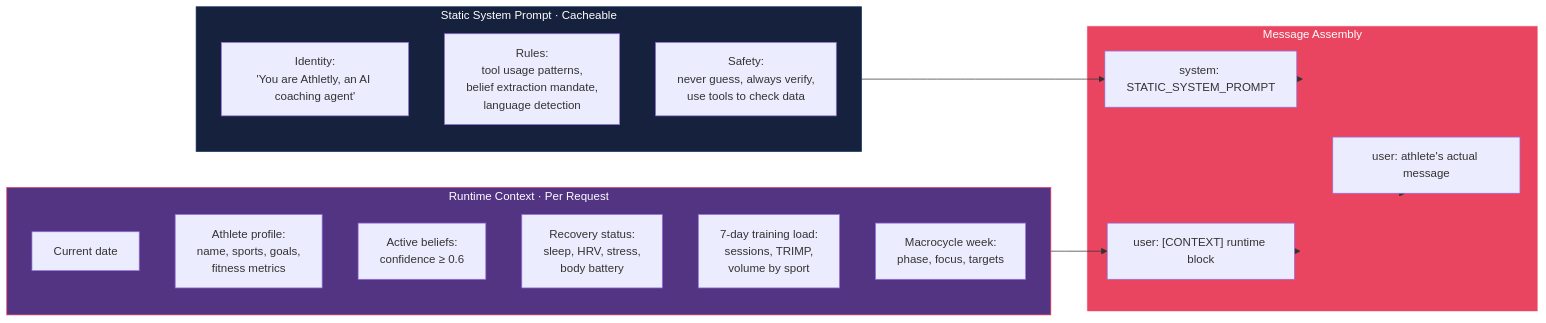
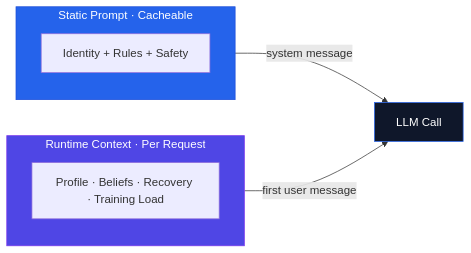
One commit to RnltLabs/athletly-backend changed the seventh of 9 diagrams in README.md. Above: the diagram before and after it, drawn with Mermaid. The commit also changed other lines of this file, not shown here.

First line of the commit message:
docs: simplify README diagrams, apply Athletly colors, add TOC

````diff
--- a/README.md
+++ b/README.md
@@ -370,35 +271,17 @@
 ```mermaid
 flowchart LR
-    subgraph Static["Static System Prompt · Cacheable"]
-        direction TB
-        ID["Identity:<br/>'You are Athletly, an AI coaching agent'"]
-        RULES["Rules:<br/>tool usage patterns,<br/>belief extraction mandate,<br/>language detection"]
-        SAFETY["Safety:<br/>never guess, always verify,<br/>use tools to check data"]
+    subgraph Static["Static Prompt · Cacheable"]
+        ID["Identity + Rules + Safety"]
     end
 
     subgraph Runtime["Runtime Context · Per Request"]
-        direction TB
-        DATE["Current date"]
-        PROFILE["Athlete profile:<br/>name, sports, goals,<br/>fitness metrics"]
-        BELIEFS["Active beliefs:<br/>confidence ≥ 0.6"]
-        HEALTH["Recovery status:<br/>sleep, HRV, stress,<br/>body battery"]
-        LOAD["7-day training load:<br/>sessions, TRIMP,<br/>volume by sport"]
-        MACRO["Macrocycle week:<br/>phase, focus, targets"]
+        CTX["Profile · Beliefs · Recovery · Training Load"]
     end
 
-    subgraph Injection["Message Assembly"]
-        SYS["system: STATIC_SYSTEM_PROMPT"]
-        USR1["user: [CONTEXT] runtime block"]
-        USR2["user: athlete's actual message"]
-    end
+    Static -->|"system message"| LLM["LLM Call"]
+    Runtime -->|"first user message"| LLM
 
-    Static --> SYS
-    Runtime --> USR1
-    SYS --> Injection
-    USR1 --> Injection
-    USR2 --> Injection
-
-    style Static fill:#16213e,stroke:#0f3460,color:#fff
-    style Runtime fill:#533483,stroke:#e94560,color:#fff
-    style Injection fill:#e94560,stroke:#fff,color:#fff
+    style Static fill:#2563EB,stroke:#1D4ED8,color:#fff
+    style Runtime fill:#4F46E5,stroke:#7C3AED,color:#fff
+    style LLM fill:#0F172A,stroke:#2563EB,color:#fff
 ```
````
